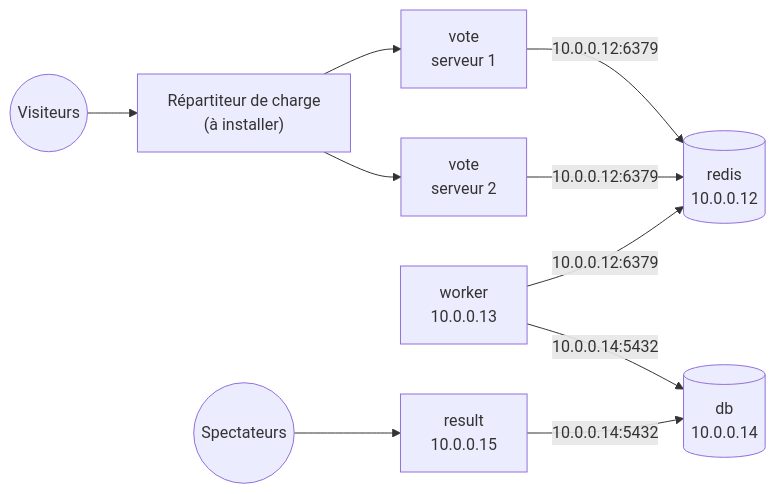
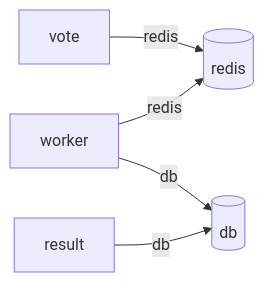
The second of 4 diagrams in labs/04-services/README.md (bngams/kube-overview-labs), drawn with Mermaid before and after one commit. The commit also changed other lines of this file, not shown here.

````diff
--- a/labs/04-services/README.md
+++ b/labs/04-services/README.md
@@ -194,12 +192,7 @@
 ```mermaid
 flowchart LR
-    U((Visiteurs)) --> LB["Répartiteur de charge<br/>(à installer)"]
-    LB --> V1["vote<br/>serveur 1"]
-    LB --> V2["vote<br/>serveur 2"]
-    V1 -- "10.0.0.12:6379" --> R[("redis<br/>10.0.0.12")]
-    V2 -- "10.0.0.12:6379" --> R
-    W["worker<br/>10.0.0.13"] -- "10.0.0.12:6379" --> R
-    W -- "10.0.0.14:5432" --> D[("db<br/>10.0.0.14")]
-    RS["result<br/>10.0.0.15"] -- "10.0.0.14:5432" --> D
-    S((Spectateurs)) --> RS
+    V["vote"] -- "redis" --> R[("redis")]
+    W["worker"] -- "redis" --> R
+    W -- "db" --> D[("db")]
+    RS["result"] -- "db" --> D
 ```
````
